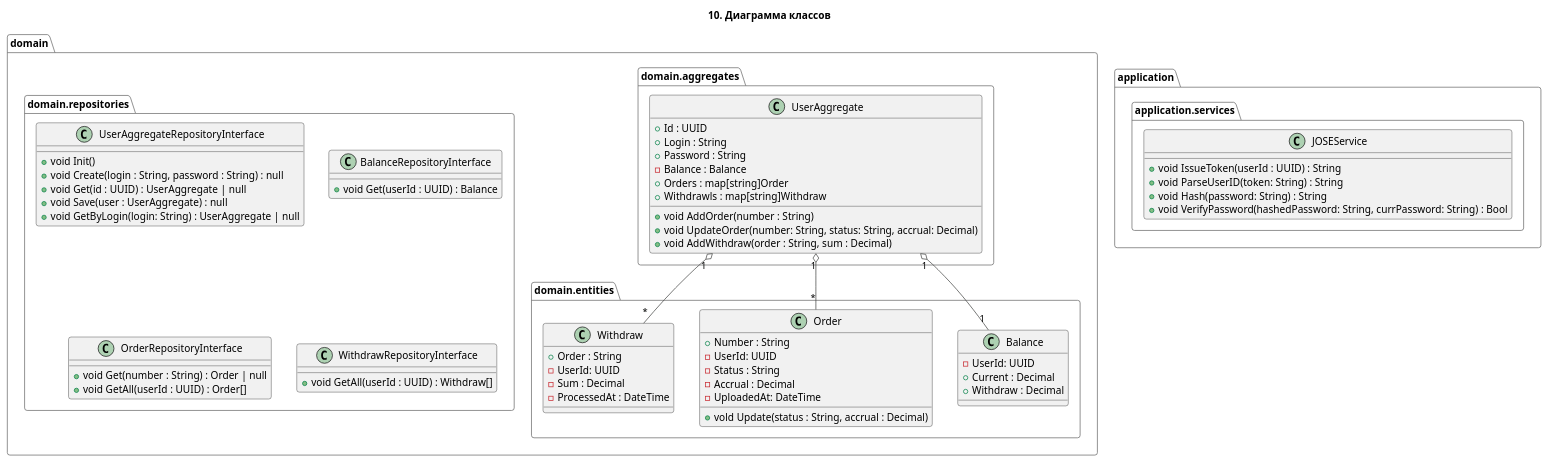
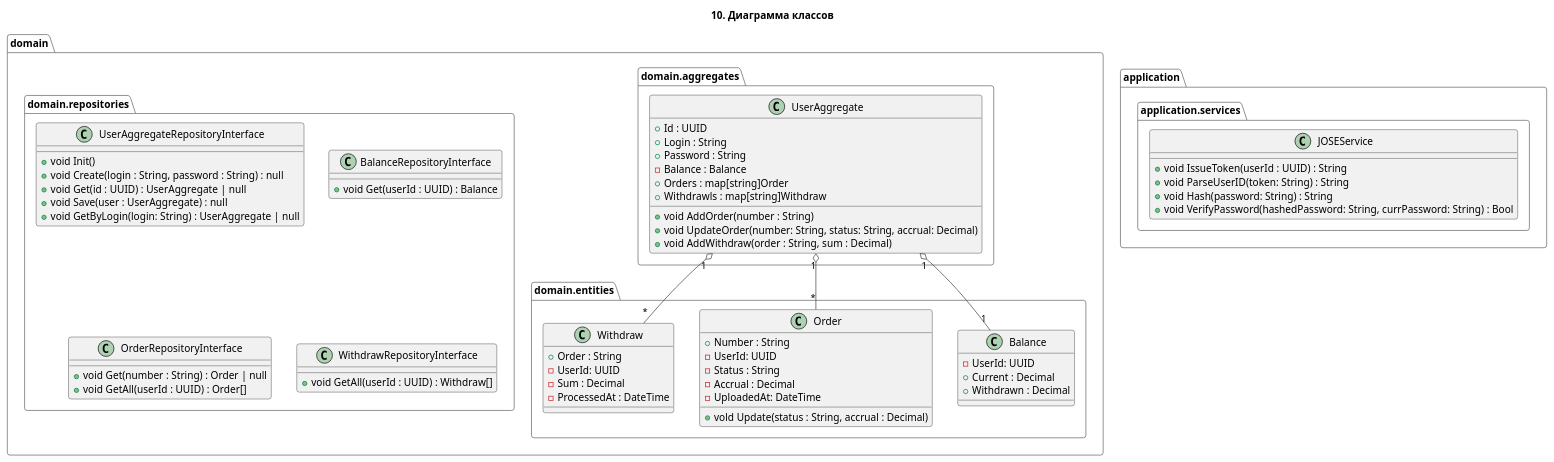
One commit to Nickolasll/gomart changed the diagram in docs/c4/4_code/10_class_diagram.puml. Above: the diagram before and after it, drawn with PlantUML. The commit also changed 11 other files, not shown here.

```diff
--- a/docs/c4/4_code/10_class_diagram.puml
+++ b/docs/c4/4_code/10_class_diagram.puml
@@ -1,80 +1,80 @@
 @startuml
 !theme vibrant
 title: 10. Диаграмма классов
 
 namespace application {
     namespace services {}
 }
 
 namespace domain {
     namespace entities {}
     namespace aggregates {}
     namespace repositories {}
 }
 
 class application.services.JOSEService {
     + void IssueToken(userId : UUID) : String
     + void ParseUserID(token: String) : String
     + void Hash(password: String) : String
     + void VerifyPassword(hashedPassword: String, currPassword: String) : Bool
 }
 
 class domain.repositories.UserAggregateRepositoryInterface {
     + void Init()
     + void Create(login : String, password : String) : null
     + void Get(id : UUID) : UserAggregate | null
     + void Save(user : UserAggregate) : null
     + void GetByLogin(login: String) : UserAggregate | null
 }
 
 class domain.repositories.BalanceRepositoryInterface {
     + void Get(userId : UUID) : Balance
 }
 
 class domain.repositories.OrderRepositoryInterface {
     + void Get(number : String) : Order | null
     + void GetAll(userId : UUID) : Order[]
 }
 
 class domain.repositories.WithdrawRepositoryInterface {
     + void GetAll(userId : UUID) : Withdraw[]
 }
 
 class domain.aggregates.UserAggregate {
     + Id : UUID
     + Login : String
     + Password : String
     - Balance : Balance
     + Orders : map[string]Order
     + Withdrawls : map[string]Withdraw
     + void AddOrder(number : String)
     + void UpdateOrder(number: String, status: String, accrual: Decimal)
     + void AddWithdraw(order : String, sum : Decimal)
 }
 
 class domain.entities.Balance {
     - UserId: UUID
     + Current : Decimal
-    + Withdraw : Decimal
+    + Withdrawn : Decimal
 }
 
 class domain.entities.Order {
     + Number : String
     - UserId: UUID
     - Status : String
     - Accrual : Decimal
     - UploadedAt: DateTime
     + vold Update(status : String, accrual : Decimal)
 }
 
 class domain.entities.Withdraw {
     + Order : String
     - UserId: UUID
     - Sum : Decimal
     - ProcessedAt : DateTime 
 }
 
 domain.aggregates.UserAggregate "1" o-- "1" domain.entities.Balance
 domain.aggregates.UserAggregate "1" o-- "*" domain.entities.Order
 domain.aggregates.UserAggregate "1" o-- "*" domain.entities.Withdraw
 @enduml
```
